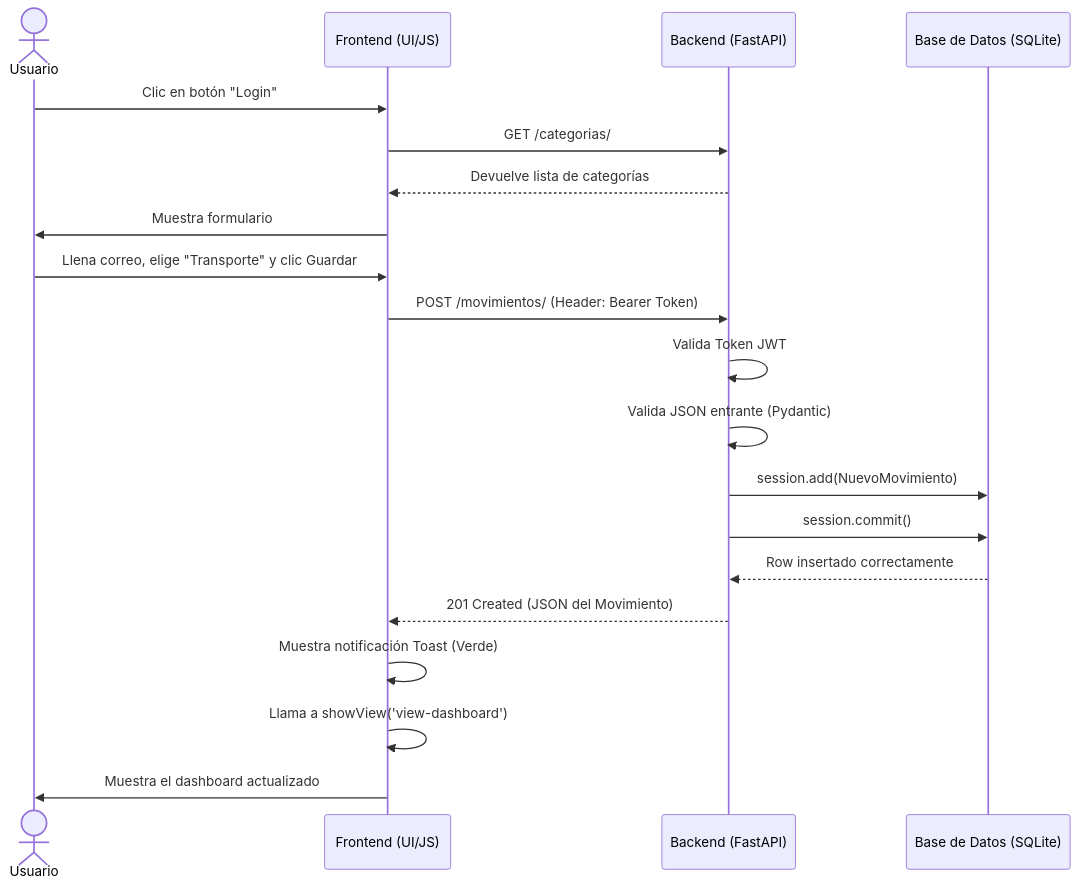
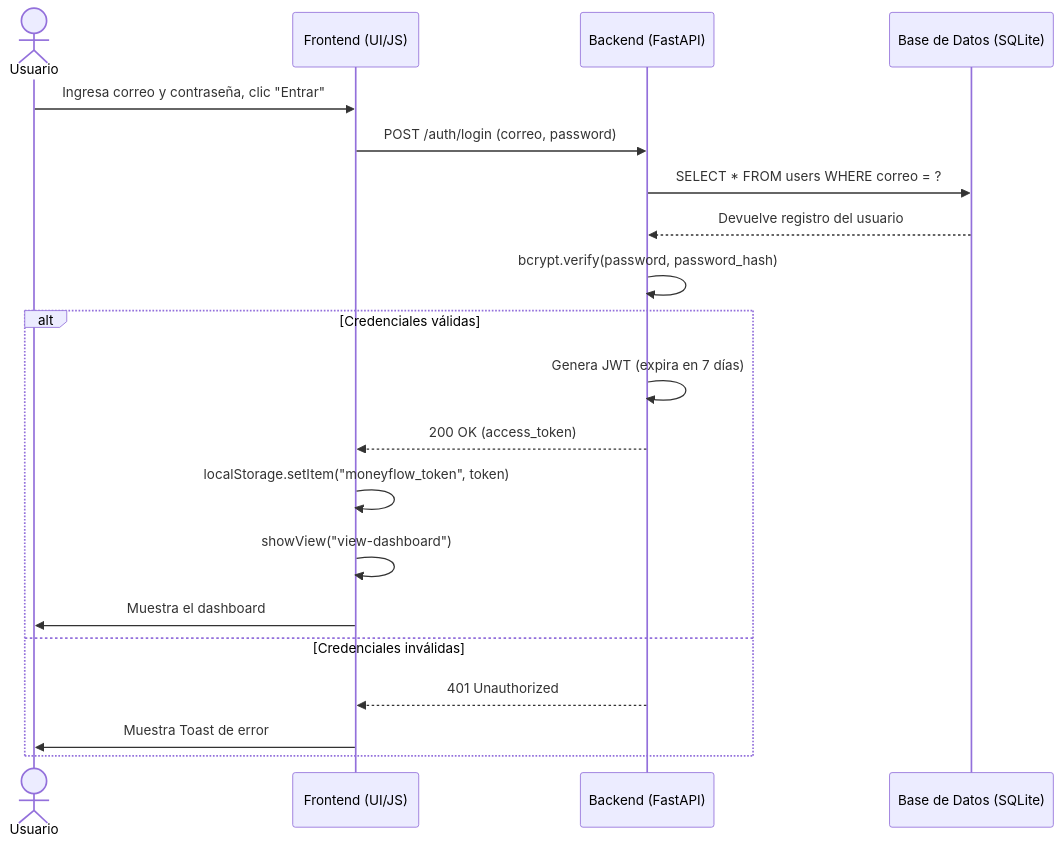
One commit to Chriss0439/MoneyFlow changed the third of 10 diagrams in DOCUMENTACION_TECNICA.md. Above: the diagram before and after it, drawn with Mermaid. The commit also changed other lines of this file and 1 other file, not shown here.

````diff
--- a/DOCUMENTACION_TECNICA.md
+++ b/DOCUMENTACION_TECNICA.md
@@ -122,27 +139,26 @@
 ```mermaid
 sequenceDiagram
     actor Usuario
     participant UI as Frontend (UI/JS)
     participant API as Backend (FastAPI)
     participant Repo as Base de Datos (SQLite)
 
-    Usuario->>UI: Clic en botón "Login"
-    UI->>API: GET /categorias/
-    API-->>UI: Devuelve lista de categorías
-    UI->>Usuario: Muestra formulario
+    Usuario->>UI: Ingresa correo y contraseña, clic "Entrar"
+    UI->>API: POST /auth/login (correo, password)
 
-    Usuario->>UI: Llena correo, elige "Transporte" y clic Guardar
-    UI->>API: POST /movimientos/ (Header: Bearer Token)
-    
-    API->>API: Valida Token JWT
-    API->>API: Valida JSON entrante (Pydantic)
-    
-    API->>Repo: session.add(NuevoMovimiento)
-    API->>Repo: session.commit()
-    Repo-->>API: Row insertado correctamente
-    
-    API-->>UI: 201 Created (JSON del Movimiento)
-    UI->>UI: Muestra notificación Toast (Verde)
-    UI->>UI: Llama a showView('view-dashboard')
-    UI->>Usuario: Muestra el dashboard actualizado
+    API->>Repo: SELECT * FROM users WHERE correo = ?
+    Repo-->>API: Devuelve registro del usuario
+
+    API->>API: bcrypt.verify(password, password_hash)
+
+    alt Credenciales válidas
+        API->>API: Genera JWT (expira en 7 días)
+        API-->>UI: 200 OK (access_token)
+        UI->>UI: localStorage.setItem("moneyflow_token", token)
+        UI->>UI: showView("view-dashboard")
+        UI->>Usuario: Muestra el dashboard
+    else Credenciales inválidas
+        API-->>UI: 401 Unauthorized
+        UI->>Usuario: Muestra Toast de error
+    end
 ```
````
